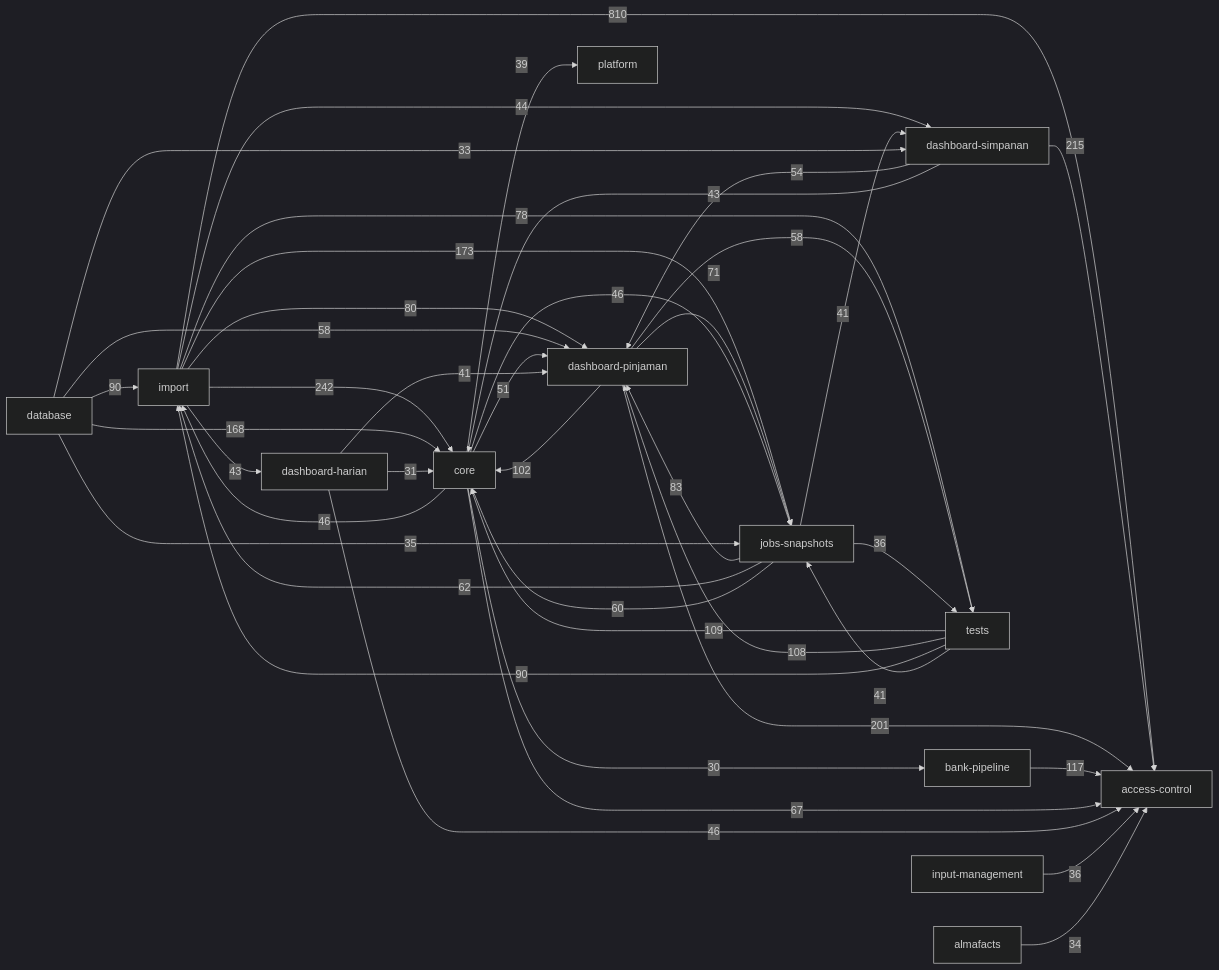
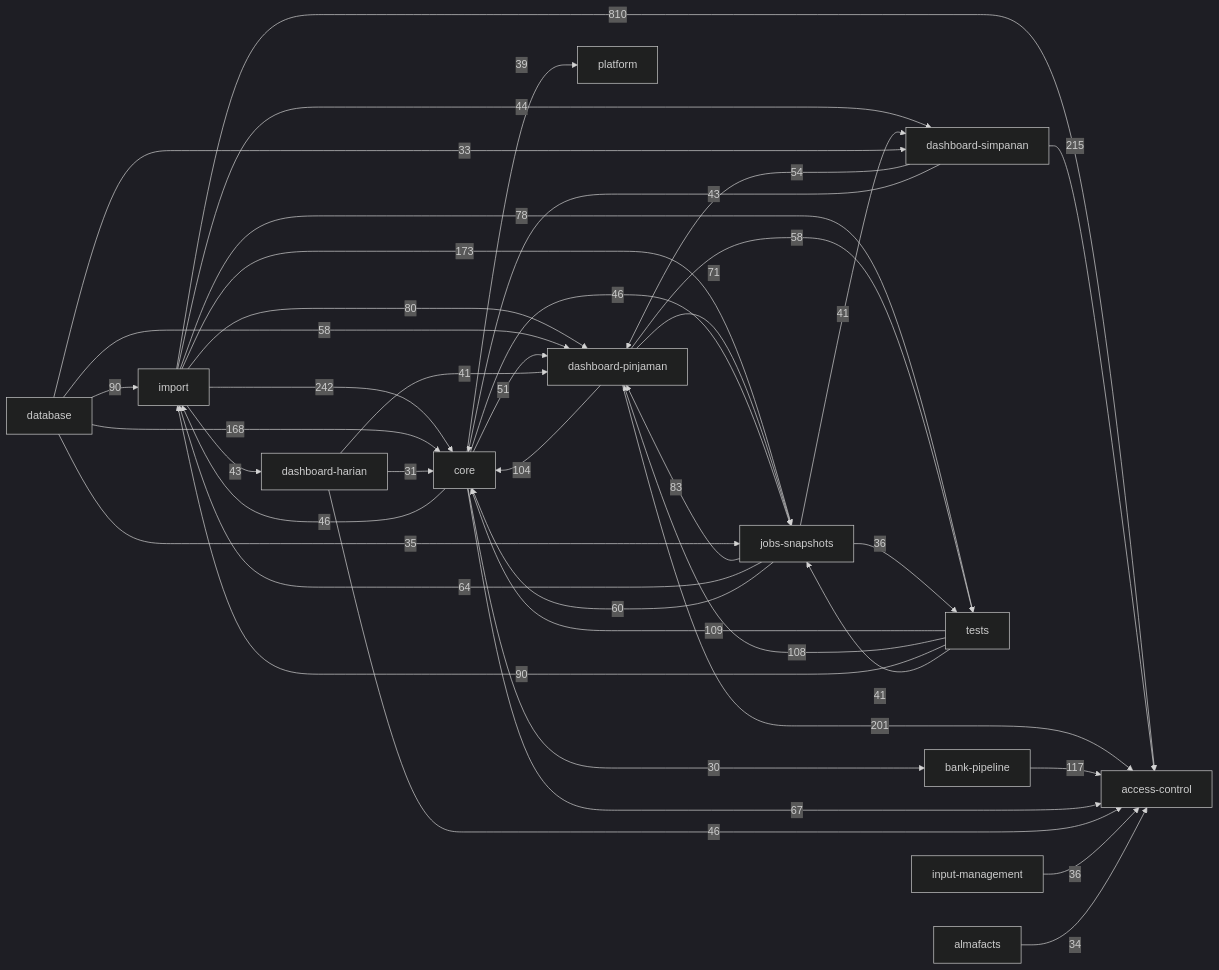
Before and after one commit to RizalloN/project-abah: the diagram in docs/knowledge-graph/ARCHITECTURE.md, drawn with Mermaid (dark theme). The commit also changed other lines of this file and 31 other files, not shown here.

````diff
--- a/docs/knowledge-graph/ARCHITECTURE.md
+++ b/docs/knowledge-graph/ARCHITECTURE.md
@@ -5,43 +5,43 @@
 ```mermaid
 flowchart LR
     d_d942f64886["import"] -->|810| d_c393a69167["access-control"]
     d_d942f64886["import"] -->|242| d_0d45f5fd46["core"]
     d_90026ec21f["dashboard-simpanan"] -->|215| d_c393a69167["access-control"]
     d_c1933689a3["dashboard-pinjaman"] -->|201| d_c393a69167["access-control"]
     d_d942f64886["import"] -->|173| d_7c16aa6a77["jobs-snapshots"]
     d_3549b0028b["database"] -->|168| d_0d45f5fd46["core"]
     d_39bcb775e4["bank-pipeline"] -->|117| d_c393a69167["access-control"]
     d_59830ebc3a["tests"] -->|109| d_0d45f5fd46["core"]
     d_59830ebc3a["tests"] -->|108| d_c1933689a3["dashboard-pinjaman"]
-    d_c1933689a3["dashboard-pinjaman"] -->|102| d_0d45f5fd46["core"]
+    d_c1933689a3["dashboard-pinjaman"] -->|104| d_0d45f5fd46["core"]
     d_3549b0028b["database"] -->|90| d_d942f64886["import"]
     d_59830ebc3a["tests"] -->|90| d_d942f64886["import"]
     d_7c16aa6a77["jobs-snapshots"] -->|83| d_c1933689a3["dashboard-pinjaman"]
     d_d942f64886["import"] -->|80| d_c1933689a3["dashboard-pinjaman"]
     d_d942f64886["import"] -->|78| d_59830ebc3a["tests"]
     d_c1933689a3["dashboard-pinjaman"] -->|71| d_7c16aa6a77["jobs-snapshots"]
     d_0d45f5fd46["core"] -->|67| d_c393a69167["access-control"]
-    d_7c16aa6a77["jobs-snapshots"] -->|62| d_d942f64886["import"]
+    d_7c16aa6a77["jobs-snapshots"] -->|64| d_d942f64886["import"]
     d_7c16aa6a77["jobs-snapshots"] -->|60| d_0d45f5fd46["core"]
     d_3549b0028b["database"] -->|58| d_c1933689a3["dashboard-pinjaman"]
     d_c1933689a3["dashboard-pinjaman"] -->|58| d_59830ebc3a["tests"]
     d_90026ec21f["dashboard-simpanan"] -->|54| d_c1933689a3["dashboard-pinjaman"]
     d_0d45f5fd46["core"] -->|51| d_c1933689a3["dashboard-pinjaman"]
     d_0d45f5fd46["core"] -->|46| d_7c16aa6a77["jobs-snapshots"]
     d_0d45f5fd46["core"] -->|46| d_d942f64886["import"]
     d_a0a49fdd98["dashboard-harian"] -->|46| d_c393a69167["access-control"]
     d_d942f64886["import"] -->|44| d_90026ec21f["dashboard-simpanan"]
     d_90026ec21f["dashboard-simpanan"] -->|43| d_0d45f5fd46["core"]
     d_d942f64886["import"] -->|43| d_a0a49fdd98["dashboard-harian"]
     d_7c16aa6a77["jobs-snapshots"] -->|41| d_90026ec21f["dashboard-simpanan"]
     d_a0a49fdd98["dashboard-harian"] -->|41| d_c1933689a3["dashboard-pinjaman"]
     d_59830ebc3a["tests"] -->|41| d_7c16aa6a77["jobs-snapshots"]
     d_0d45f5fd46["core"] -->|39| d_d294fcce0c["platform"]
     d_b70a9d941d["input-management"] -->|36| d_c393a69167["access-control"]
     d_7c16aa6a77["jobs-snapshots"] -->|36| d_59830ebc3a["tests"]
     d_3549b0028b["database"] -->|35| d_7c16aa6a77["jobs-snapshots"]
     d_b89824cc5a["almafacts"] -->|34| d_c393a69167["access-control"]
     d_3549b0028b["database"] -->|33| d_90026ec21f["dashboard-simpanan"]
     d_a0a49fdd98["dashboard-harian"] -->|31| d_0d45f5fd46["core"]
     d_0d45f5fd46["core"] -->|30| d_39bcb775e4["bank-pipeline"]
 ```
````
